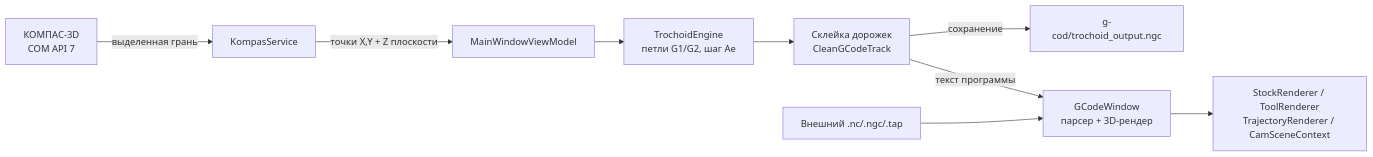
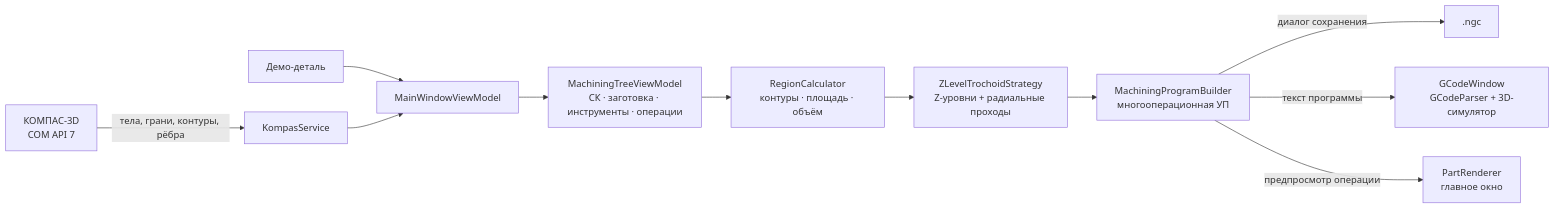
The diagram in README.md (MrLait/TrochoidCam), drawn with Mermaid before and after one commit. The commit also changed other lines of this file and 22 other files, not shown here.

First line of the commit message:
Автономный режим: геометрия из КОМПАС, план обработки и предпросмотр траектории

````diff
--- a/README.md
+++ b/README.md
@@ -136,11 +203,13 @@
 ```mermaid
 flowchart LR
-    K["КОМПАС-3D<br/>COM API 7"] -->|"выделенная грань"| KS["KompasService"]
-    KS -->|"точки X,Y + Z плоскости"| VM["MainWindowViewModel"]
-    VM --> TE["TrochoidEngine<br/>петли G1/G2, шаг Ae"]
-    TE --> GLUE["Склейка дорожек<br/>CleanGCodeTrack"]
-    GLUE -->|"сохранение"| F["g-cod/trochoid_output.ngc"]
-    GLUE -->|"текст программы"| GW["GCodeWindow<br/>парсер + 3D-рендер"]
-    EXT["Внешний .nc/.ngc/.tap"] --> GW
-    GW --> SIM["StockRenderer / ToolRenderer<br/>TrajectoryRenderer / CamSceneContext"]
+    K["КОМПАС-3D<br/>COM API 7"] -->|"тела, грани, контуры, рёбра"| KS["KompasService"]
+    D["Демо-деталь"] --> VM
+    KS --> VM["MainWindowViewModel"]
+    VM --> TREE["MachiningTreeViewModel<br/>СК · заготовка · инструменты · операции"]
+    TREE --> REG["RegionCalculator<br/>контуры · площадь · объём"]
+    REG --> STRAT["ZLevelTrochoidStrategy<br/>Z-уровни + радиальные проходы"]
+    STRAT --> PROG["MachiningProgramBuilder<br/>многооперационная УП"]
+    PROG -->|"диалог сохранения"| F[".ngc"]
+    PROG -->|"текст программы"| GW["GCodeWindow<br/>GCodeParser + 3D-симулятор"]
+    PROG -->|"предпросмотр операции"| PR["PartRenderer<br/>главное окно"]
 ```
````
